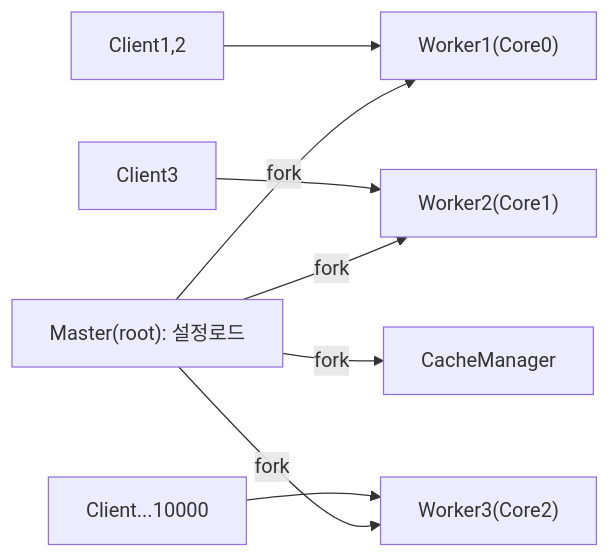
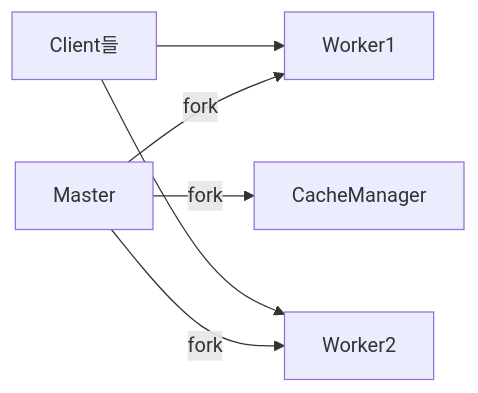
Before and after one commit to yjkim2015/yjkim2015.github.io: the fourth of 18 diagrams in _posts/server/2026-05-01-nginx.md, drawn with Mermaid. The commit also changed other lines of this file and 163 other files, not shown here.

First line of the commit message:
Mermaid 300개 블록 내용 축소: 5노드 5엣지 이하, 의미 있는 약어

````diff
--- a/_posts/server/2026-05-01-nginx.md
+++ b/_posts/server/2026-05-01-nginx.md
@@ -81,12 +81,8 @@
 ```mermaid
 graph LR
-    M["Master(root): 설정로드"]
-    W1["Worker1(Core0)"]
-    W2["Worker2(Core1)"]
-    W3["Worker3(Core2)"]
-    CP["CacheManager"]
-    M -->|fork| W1 & W2 & W3 & CP
-    C1["Client1,2"] --> W1
-    C2["Client3"] --> W2
-    C3["Client...10000"] --> W3
+    M["Master"] -->|fork| W1["Worker1"]
+    M -->|fork| W2["Worker2"]
+    M -->|fork| CP["CacheManager"]
+    C["Client들"] --> W1
+    C --> W2
 ```
````
